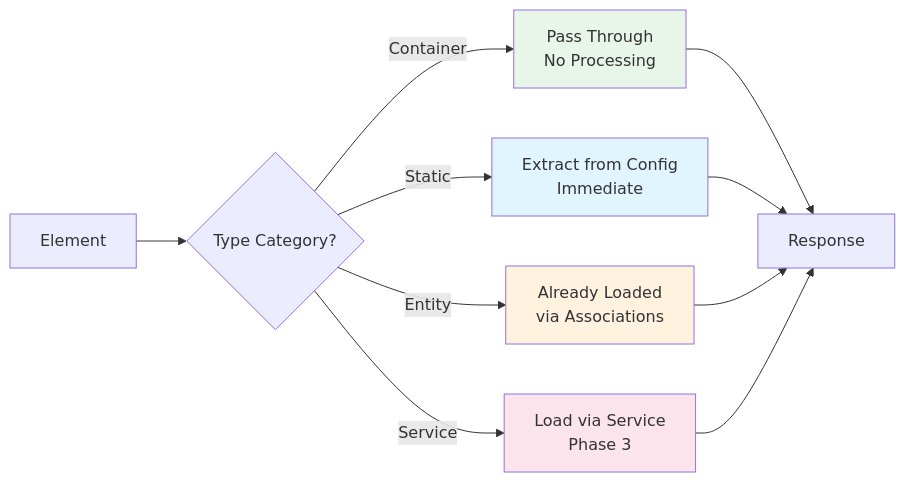
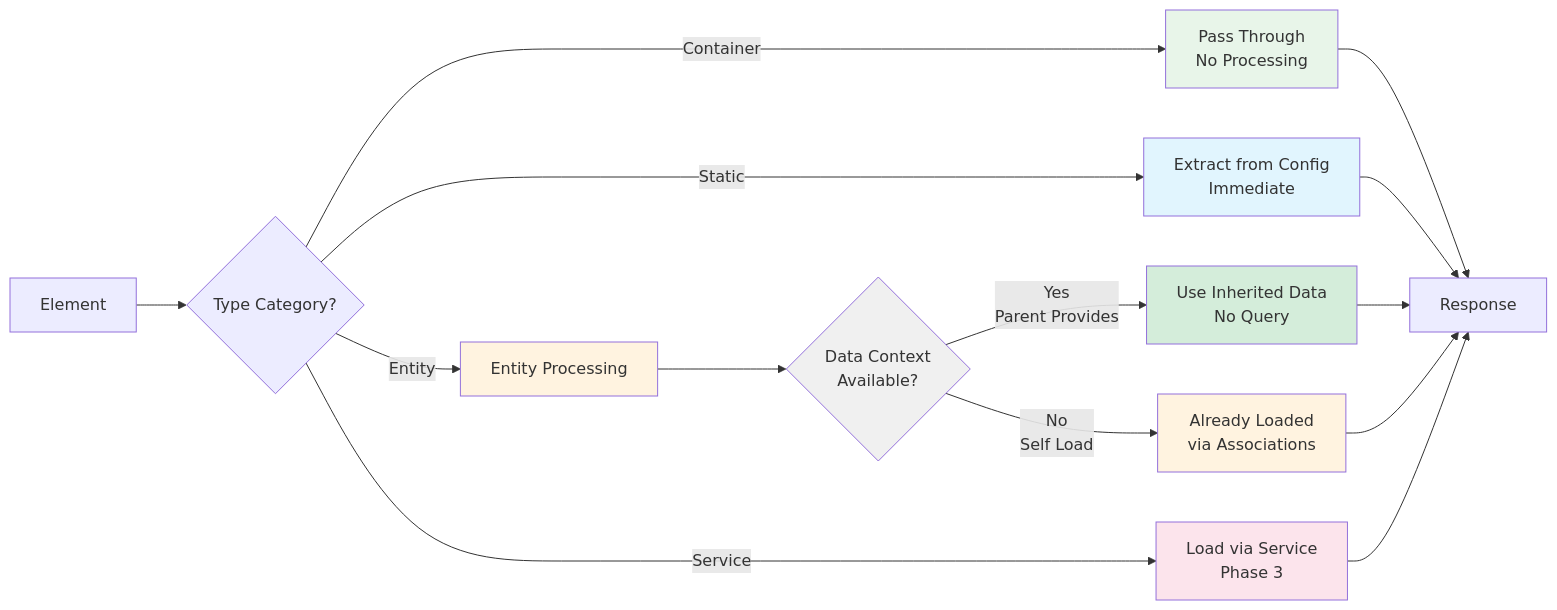
Before and after one commit to shopware/shopware: the second of 2 diagrams in src/Storefront/Controller/shopware-cms-v2-entity-and-hydration-architecture.md, drawn with Mermaid. The commit also changed other lines of this file and 1 other file, not shown here.

````diff
--- a/src/Storefront/Controller/shopware-cms-v2-entity-and-hydration-architecture.md
+++ b/src/Storefront/Controller/shopware-cms-v2-entity-and-hydration-architecture.md
@@ -148,18 +152,26 @@
 ```mermaid
 graph LR
     E[Element] --> T{Type Category?}
     T -->|Container| C[Pass Through<br/>No Processing]
     T -->|Static| S[Extract from Config<br/>Immediate]
-    T -->|Entity| EN[Already Loaded<br/>via Associations]
+    T -->|Entity| EN[Entity Processing]
     T -->|Service| SE[Load via Service<br/>Phase 3]
+    
+    EN --> DC{Data Context<br/>Available?}
+    DC -->|Yes<br/>Parent Provides| IH[Use Inherited Data<br/>No Query]
+    DC -->|No<br/>Self Load| AL[Already Loaded<br/>via Associations]
     
     C --> R[Response]
     S --> R
-    EN --> R
+    IH --> R
+    AL --> R
     SE --> R
     
     style C fill:#e8f5e9
     style S fill:#e1f5fe
     style EN fill:#fff3e0
+    style DC fill:#f0f0f0
+    style IH fill:#d4edda
+    style AL fill:#fff3e0
     style SE fill:#fce4ec
 ```
````
